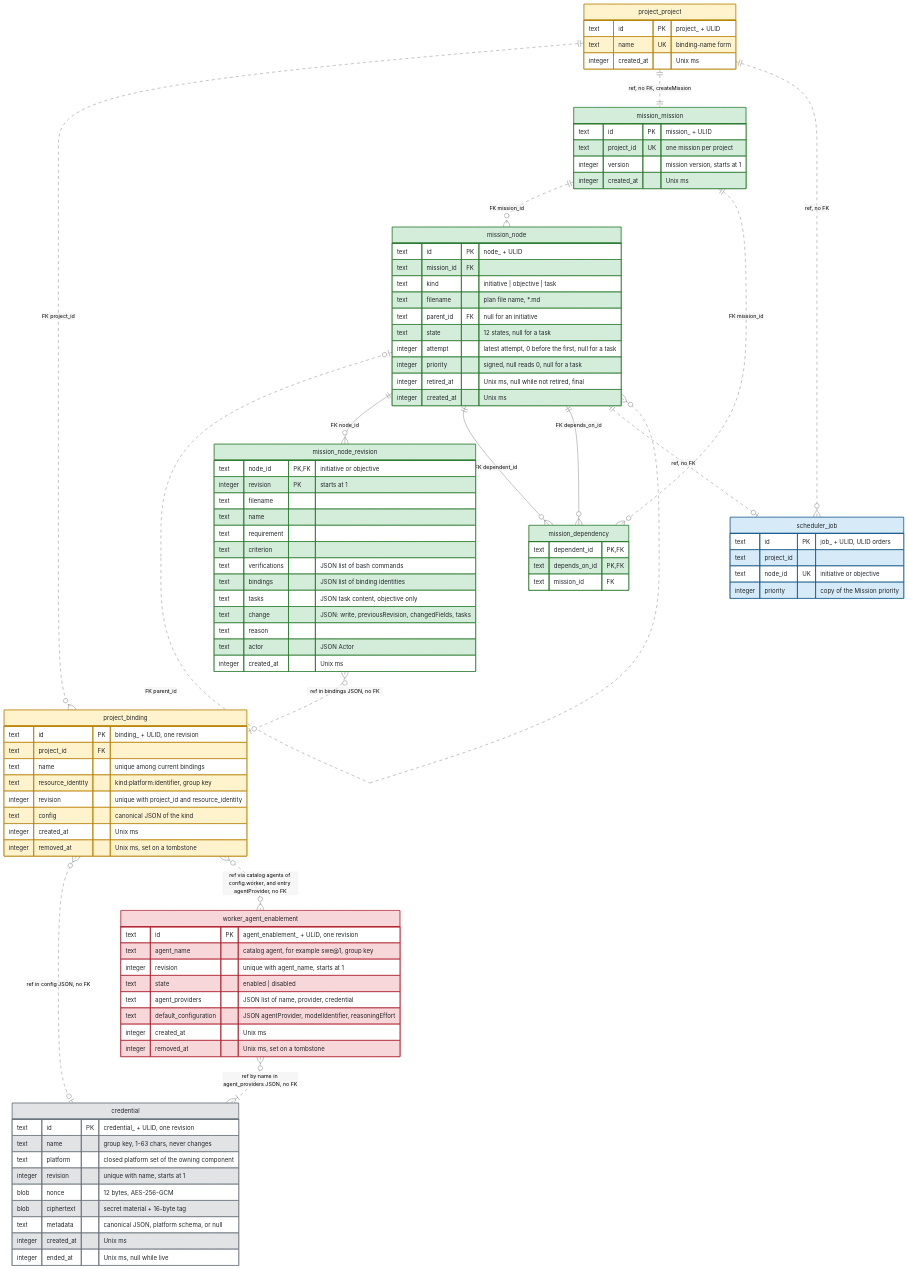
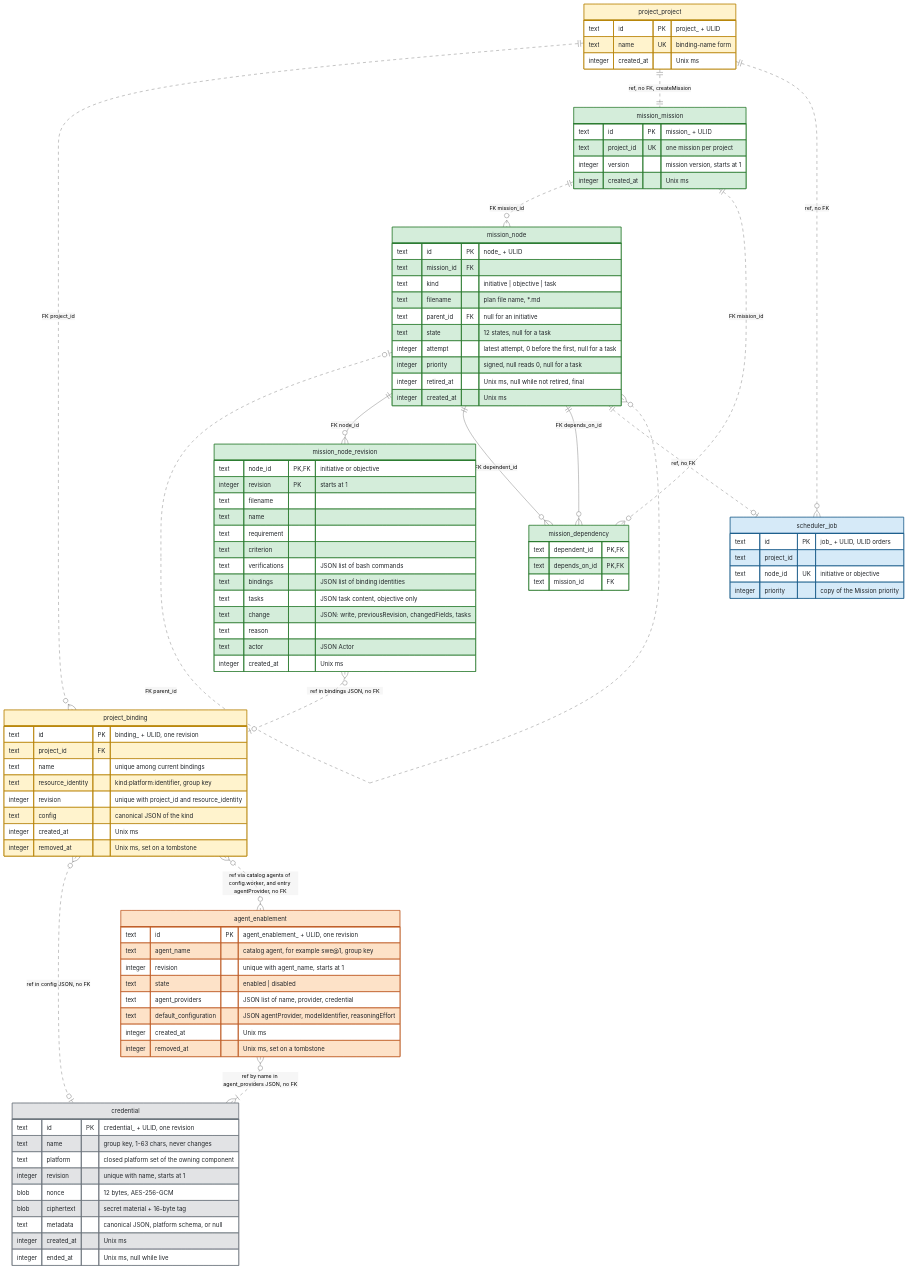
The diagram in docs/reference/erd/01-setup.md (kanthorlabs/kanthord), drawn with Mermaid (neutral theme) before and after one commit. The commit also changed other lines of this file and 2 other files, not shown here.

Commit message:
docs(erd): move the agent enablement table to the Agent component

````diff
--- a/docs/reference/erd/01-setup.md
+++ b/docs/reference/erd/01-setup.md
@@ -61,7 +61,7 @@
         integer removed_at "Unix ms, set on a tombstone"
     }
 
-    worker_agent_enablement {
+    agent_enablement {
         text id PK "agent_enablement_ + ULID, one revision"
         text agent_name "catalog agent, for example swe@1, group key"
         integer revision "unique with agent_name, starts at 1"
@@ -123,8 +123,8 @@
 
     project_project ||..o{ project_binding : "FK project_id"
     project_binding }o..o| credential : "ref in config JSON, no FK"
-    project_binding }o..o{ worker_agent_enablement : "ref via catalog agents of config.worker, and entry agentProvider, no FK"
-    worker_agent_enablement }o..|{ credential : "ref by name in agent_providers JSON, no FK"
+    project_binding }o..o{ agent_enablement : "ref via catalog agents of config.worker, and entry agentProvider, no FK"
+    agent_enablement }o..|{ credential : "ref by name in agent_providers JSON, no FK"
 
     project_project ||..|| mission_mission : "ref, no FK, createMission"
     mission_mission ||..o{ mission_node : "FK mission_id"
@@ -140,13 +140,13 @@
 
     classDef custody fill:#e2e3e5,stroke:#6c757d,color:#212529
     classDef project fill:#fff3cd,stroke:#b8860b,color:#212529
-    classDef worker fill:#f8d7da,stroke:#b02a37,color:#212529
+    classDef agent fill:#fde2c8,stroke:#c0602b,color:#212529
     classDef mission fill:#d4edda,stroke:#2e7d32,color:#212529
     classDef scheduler fill:#d6eaf8,stroke:#1f618d,color:#212529
 
     class credential custody
     class project_project,project_binding project
-    class worker_agent_enablement worker
+    class agent_enablement agent
     class mission_mission,mission_node,mission_node_revision,mission_dependency mission
     class scheduler_job scheduler
 ```
````
